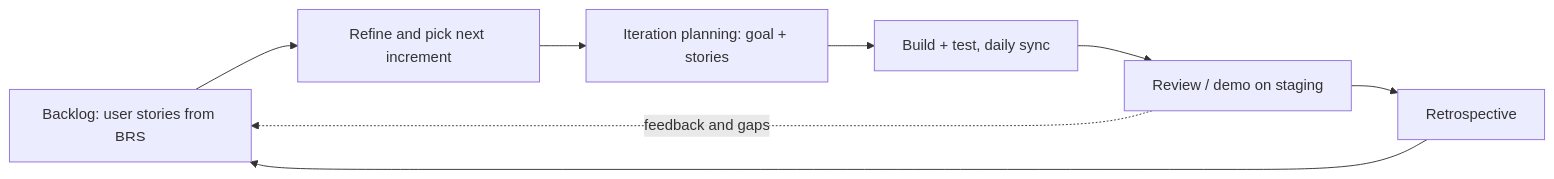
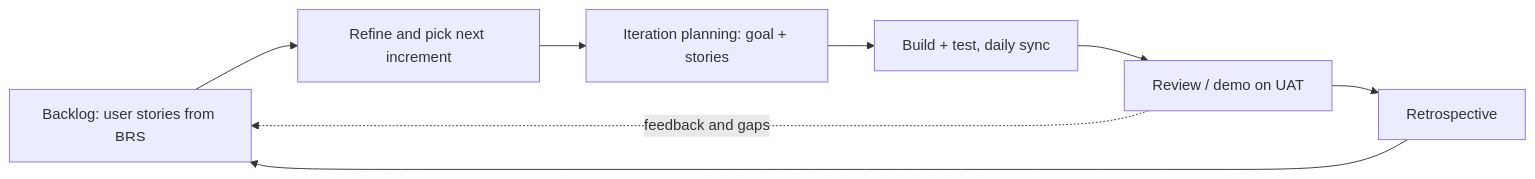
Before and after one commit to baraka-machumu/jamii-air: the second of 2 diagrams in docs/06-implementation-plan.md, drawn with Mermaid. The commit also changed other lines of this file and 6 other files, not shown here.

````diff
--- a/docs/06-implementation-plan.md
+++ b/docs/06-implementation-plan.md
@@ -51,10 +51,10 @@
 ```mermaid
 flowchart LR
     B[Backlog: user stories from BRS] --> R[Refine and pick next increment]
     R --> P[Iteration planning: goal + stories]
     P --> D[Build + test, daily sync]
-    D --> V[Review / demo on staging]
+    D --> V[Review / demo on UAT]
     V --> T[Retrospective]
     T --> B
     V -.feedback and gaps.-> B
 ```
````
